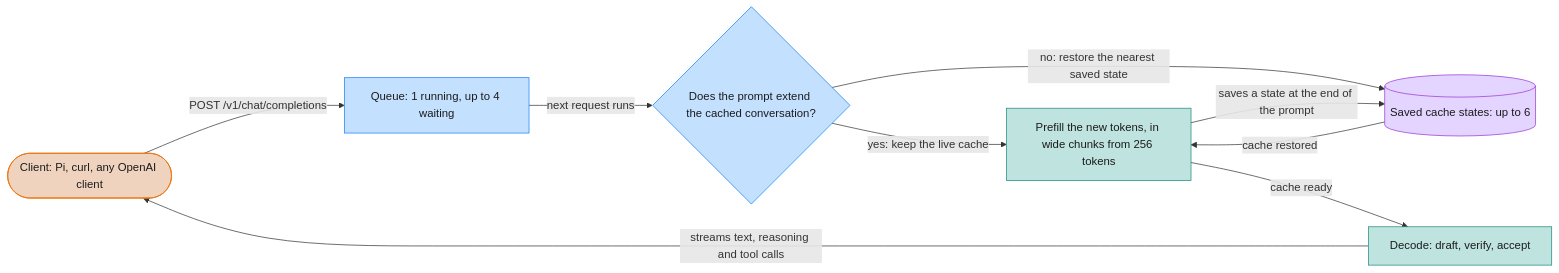
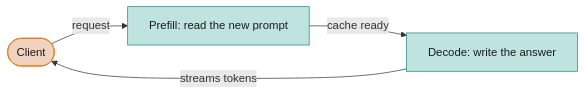
Before and after one commit to wcygan/inkling: the fourth of 5 diagrams in README.md, drawn with Mermaid. The commit also changed other lines of this file, not shown here.

Commit message:
Simplify the README flow diagrams

````diff
--- a/README.md
+++ b/README.md
@@ -325,25 +307,10 @@
 ```mermaid
 flowchart LR
-  client(["Client: Pi, curl, any OpenAI client"])
-  queue["Queue: 1 running, up to 4 waiting"]
-  reuse{"Does the prompt extend the cached conversation?"}
-  states[("Saved cache states: up to 6")]
-  prefill["Prefill the new tokens, in wide chunks from 256 tokens"]
-  decode["Decode: draft, verify, accept"]
-  client -- "POST /v1/chat/completions" --> queue
-  queue -- "next request runs" --> reuse
-  reuse -- "yes: keep the live cache" --> prefill
-  reuse -- "no: restore the nearest saved state" --> states
-  states -- "cache restored" --> prefill
-  prefill -- "saves a state at the end of the prompt" --> states
-  prefill -- "cache ready" --> decode
-  decode -- "streams text, reasoning and tool calls" --> client
-  classDef inspect fill:#c3e0ff,stroke:#1680f3,color:#1c1c1c
+  client(["Client"]) -- "request" --> prefill["Prefill: read the new prompt"]
+  prefill -- "cache ready" --> decode["Decode: write the answer"]
+  decode -- "streams tokens" --> client
   classDef change fill:#bfe3df,stroke:#1a8a7d,color:#1c1c1c
-  classDef record fill:#e3d5ff,stroke:#9b35d6,color:#1c1c1c
   classDef outside fill:#f0d3bf,stroke:#e8730c,color:#1c1c1c
-  class queue,reuse inspect
   class prefill,decode change
-  class states record
   class client outside
 ```
````
